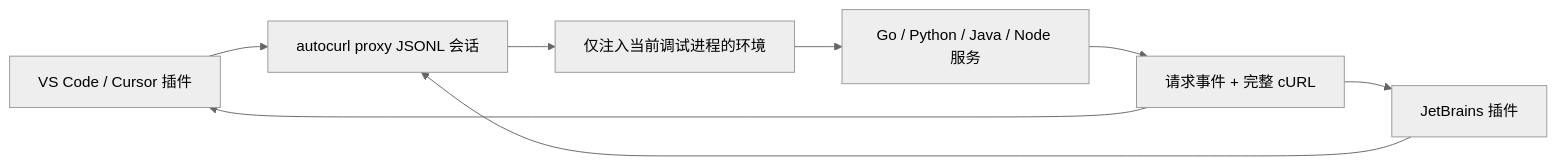
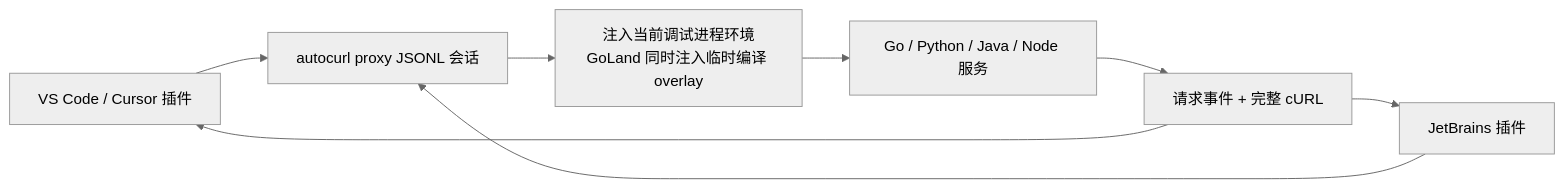
The diagram in docs/ide-plugins.zh-CN.md (Lingbo-Huang/autocurl), drawn with Mermaid (neutral theme) before and after one commit. The commit also changed other lines of this file and 9 other files, not shown here.

Commit message:
fix: pass autocurl overlay to GoLand builds

````diff
--- a/docs/ide-plugins.zh-CN.md
+++ b/docs/ide-plugins.zh-CN.md
@@ -5,10 +5,10 @@
 ```mermaid
 flowchart LR
     V["VS Code / Cursor 插件"] --> P["autocurl proxy JSONL 会话"]
     J["JetBrains 插件"] --> P
-    P --> E["仅注入当前调试进程的环境"]
+    P --> E["注入当前调试进程环境<br/>GoLand 同时注入临时编译 overlay"]
     E --> A["Go / Python / Java / Node 服务"]
     A --> C["请求事件 + 完整 cURL"]
     C --> V
     C --> J
 ```
````
